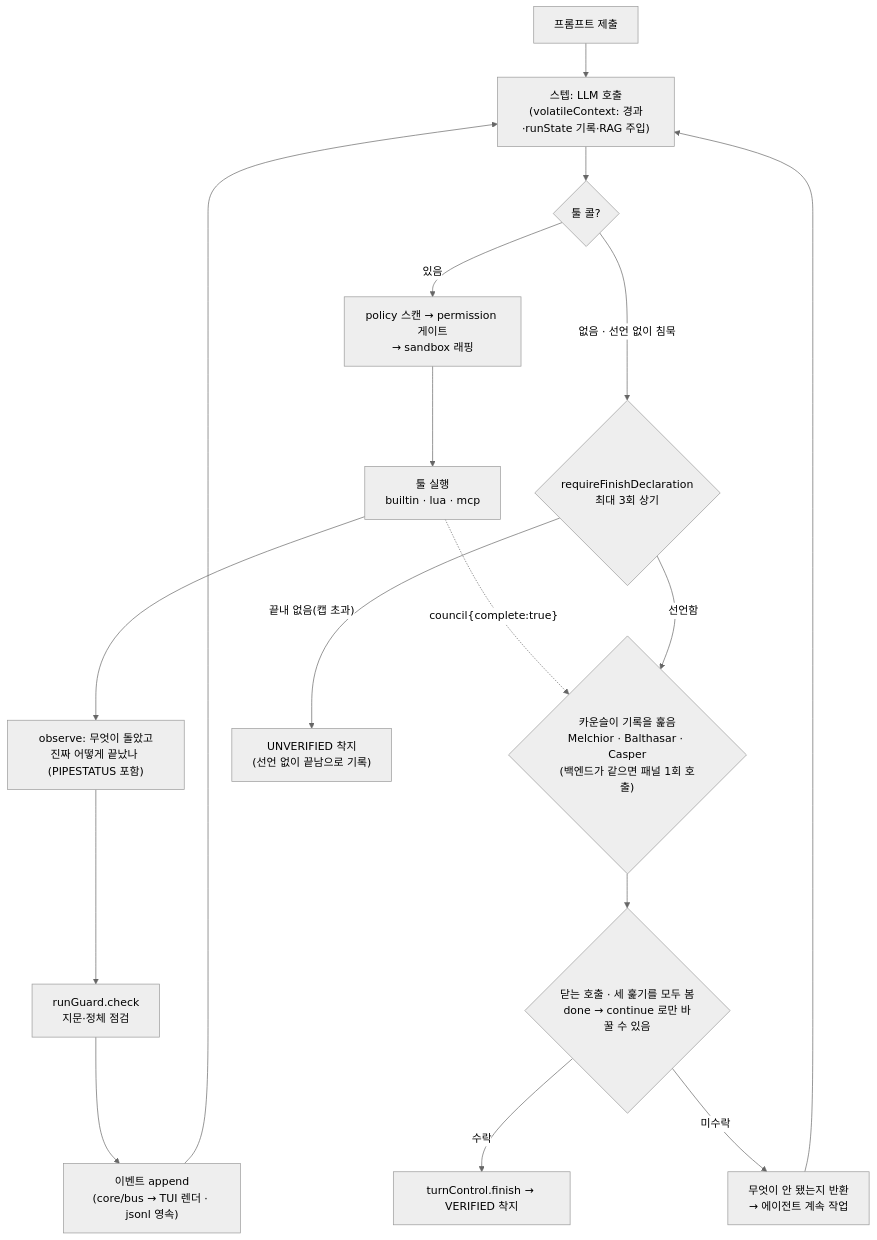
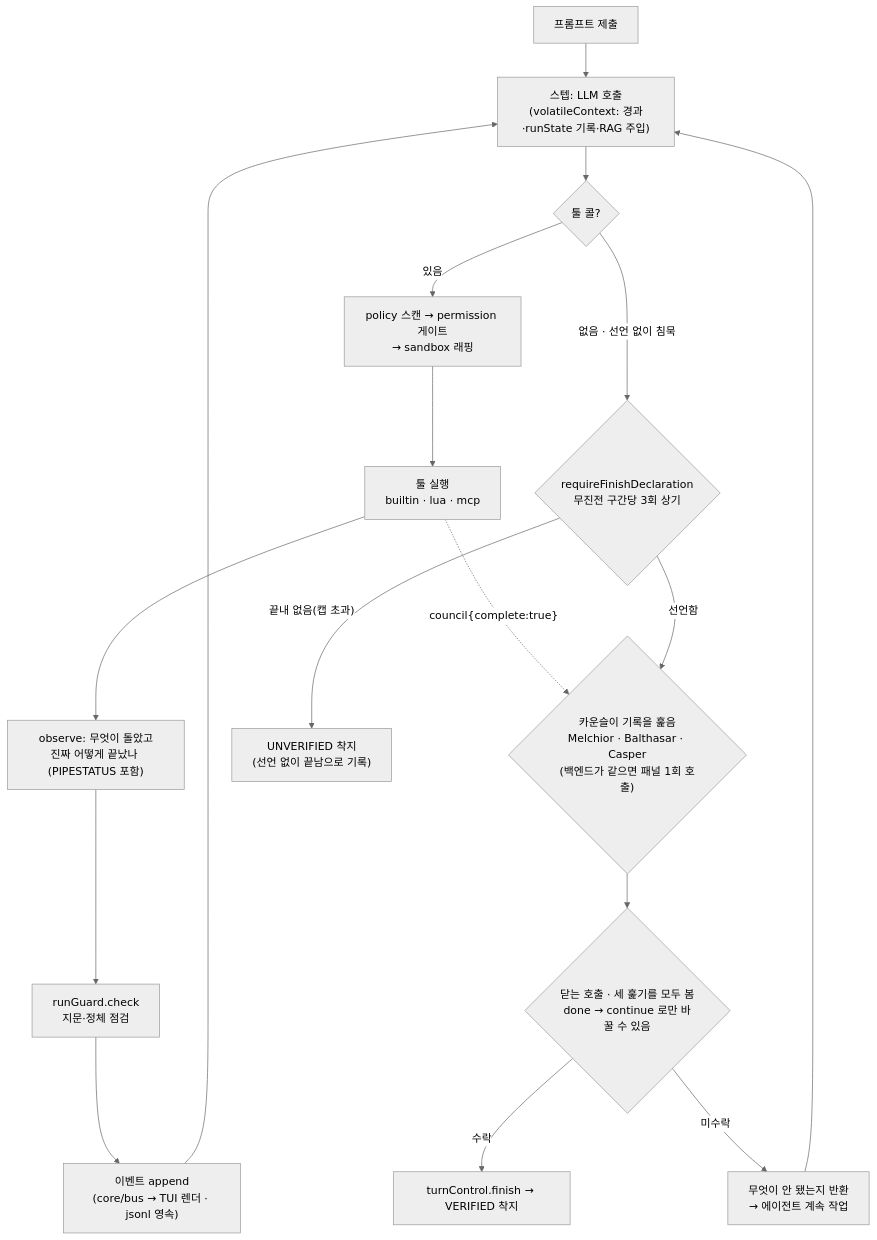
Before and after one commit to sayaya1090/magi: the third of 18 diagrams in docs/DIAGRAMS.ko.md, drawn with Mermaid. The commit also changed other lines of this file and 15 other files, not shown here.

````diff
--- a/docs/DIAGRAMS.ko.md
+++ b/docs/DIAGRAMS.ko.md
@@ -125,20 +125,20 @@
 ```mermaid
 %%{init: {'theme':'neutral','flowchart':{'curve':'basis'}}}%%
 flowchart TD
   P["프롬프트 제출"] --> S["스텝: LLM 호출<br/>(volatileContext: 경과·runState 기록·RAG 주입)"]
   S --> T{"툴 콜?"}
   T -- 있음 --> POL["policy 스캔 → permission 게이트<br/>→ sandbox 래핑"]
   POL --> EX["툴 실행<br/>builtin · lua · mcp"]
   EX --> OB["observe: 무엇이 돌았고<br/>진짜 어떻게 끝났나 (PIPESTATUS 포함)"]
   OB --> G["runGuard.check<br/>지문·정체 점검"]
   G --> EV["이벤트 append<br/>(core/bus → TUI 렌더 · jsonl 영속)"]
   EV --> S
   EX -. "council{complete:true}" .-> CG{"카운슬이 기록을 훑음<br/>Melchior · Balthasar · Casper<br/>(백엔드가 같으면 패널 1회 호출)"}
   CG --> CL{"닫는 호출 · 세 훑기를 모두 봄<br/>done → continue 로만 바꿀 수 있음"}
   CL -- "수락" --> FIN["turnControl.finish → VERIFIED 착지"]
   CL -- "미수락" --> FB["무엇이 안 됐는지 반환<br/>→ 에이전트 계속 작업"]
   FB --> S
-  T -- "없음 · 선언 없이 침묵" --> RQ{"requireFinishDeclaration<br/>최대 3회 상기"}
+  T -- "없음 · 선언 없이 침묵" --> RQ{"requireFinishDeclaration<br/>무진전 구간당 3회 상기"}
   RQ -- "선언함" --> CG
   RQ -- "끝내 없음(캡 초과)" --> U["UNVERIFIED 착지<br/>(선언 없이 끝남으로 기록)"]
 ```
````
